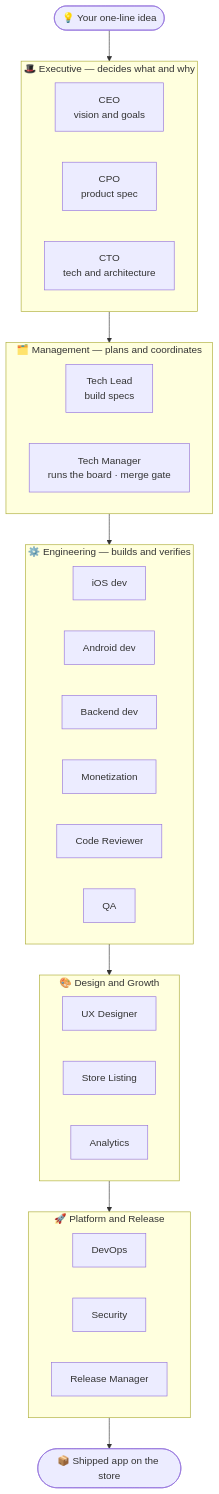
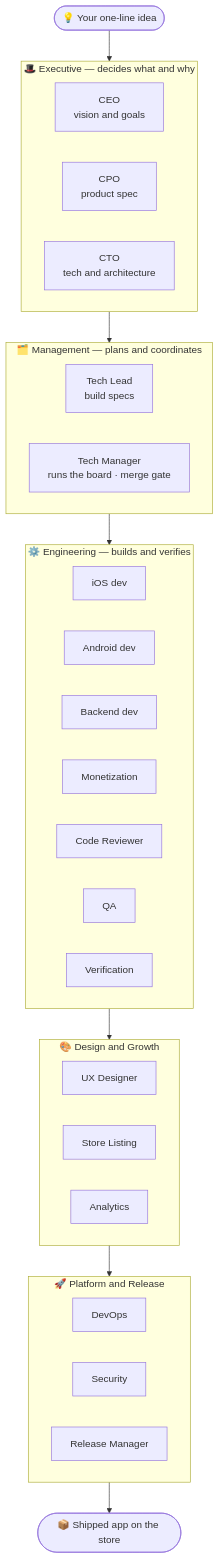
The first of 3 diagrams in README.md (vmobifystudio/app-dev-team), drawn with Mermaid before and after one commit. The commit also changed other lines of this file and 30 other files, not shown here.

````diff
--- a/README.md
+++ b/README.md
@@ -54,43 +54,44 @@
 ```mermaid
 flowchart TD
     idea([💡 Your one-line idea])
 
     subgraph EXEC["🎩 Executive — decides what and why"]
         direction LR
         CEO[CEO<br/>vision and goals]
         CPO[CPO<br/>product spec]
         CTO[CTO<br/>tech and architecture]
     end
 
     subgraph MGMT["🗂️ Management — plans and coordinates"]
         direction LR
         TL[Tech Lead<br/>build specs]
         TM[Tech Manager<br/>runs the board · merge gate]
     end
 
     subgraph ENG["⚙️ Engineering — builds and verifies"]
         direction LR
         IOS[iOS dev]
         AND[Android dev]
         BE[Backend dev]
         MON[Monetization]
         REV[Code Reviewer]
         QA[QA]
+        VER[Verification]
     end
 
     subgraph GROW["🎨 Design and Growth"]
         direction LR
         UX[UX Designer]
         ASO[Store Listing]
         DATA[Analytics]
     end
 
     subgraph REL["🚀 Platform and Release"]
         direction LR
         OPS[DevOps]
         SEC[Security]
         RM[Release Manager]
     end
 
     idea --> EXEC --> MGMT --> ENG --> GROW --> REL --> ship([📦 Shipped app on the store])
 ```
````
